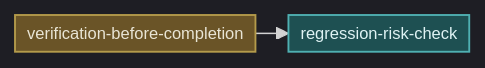
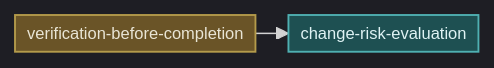
Before and after one commit to Pasanbasuru/company-plugin: the second of 2 diagrams in docs/superpowers/workflows/05-parallel-agents.md, drawn with Mermaid. The commit also changed other lines of this file and 11 other files, not shown here.

````diff
--- a/docs/superpowers/workflows/05-parallel-agents.md
+++ b/docs/superpowers/workflows/05-parallel-agents.md
@@ -67,11 +67,11 @@
 ```mermaid
 %%{init: {'theme':'dark','themeVariables':{'fontSize':'11px'},'flowchart':{'nodeSpacing':18,'rankSpacing':22,'padding':4,'diagramPadding':4}}}%%
 flowchart LR
     classDef extPlugin     fill:#785f28d9,stroke:#b49b4b,stroke-width:1.25px,color:#e9e5d5
     classDef companyPlugin fill:#1f5a5bd9,stroke:#4fb0b2,stroke-width:1.25px,color:#dff3f4
 
     VB[verification-before-completion]:::extPlugin
-    RRC[regression-risk-check]:::companyPlugin
+    CRE[change-risk-evaluation]:::companyPlugin
 
-    VB --> RRC
+    VB --> CRE
 ```
````
